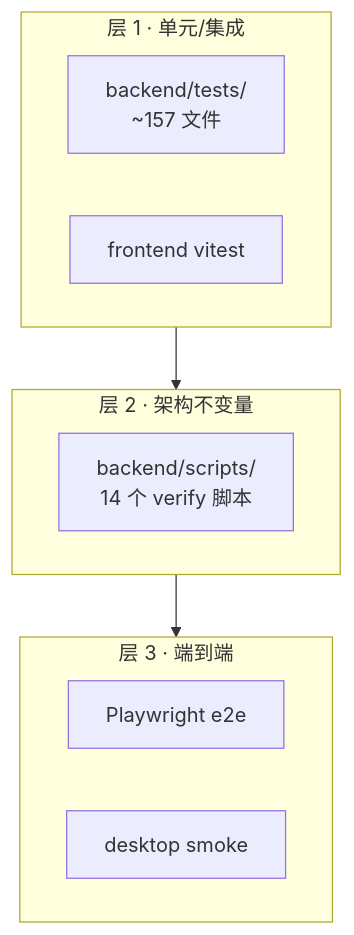
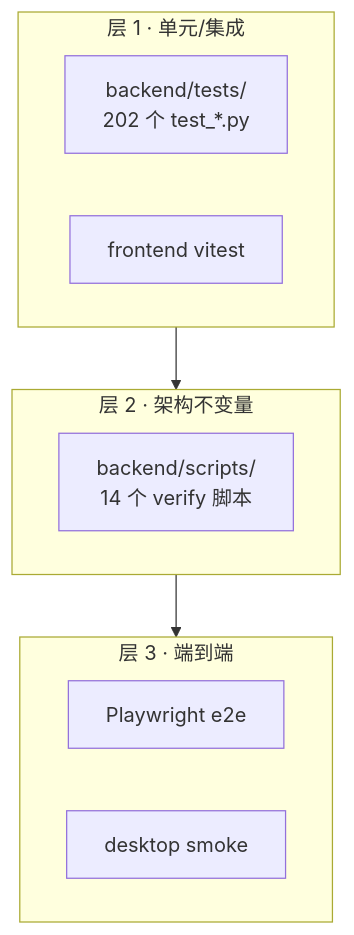
The diagram in docs/05-engineering/testing.md (santu-ai/personal-ai-runtime), drawn with Mermaid before and after one commit. The commit also changed other lines of this file and 13 other files, not shown here.

````diff
--- a/docs/05-engineering/testing.md
+++ b/docs/05-engineering/testing.md
@@ -7,18 +7,18 @@
 ```mermaid
 flowchart TB
     subgraph L1[层 1 · 单元/集成]
-        Pytest[backend/tests/<br/>~157 文件]
+        Pytest[backend/tests/<br/>202 个 test_*.py]
         FE[frontend vitest]
     end
 
     subgraph L2[层 2 · 架构不变量]
         Scripts[backend/scripts/<br/>14 个 verify 脚本]
     end
 
     subgraph L3[层 3 · 端到端]
         E2E[Playwright e2e]
         Desktop[desktop smoke]
     end
 
     L1 --> L2 --> L3
 ```
````
